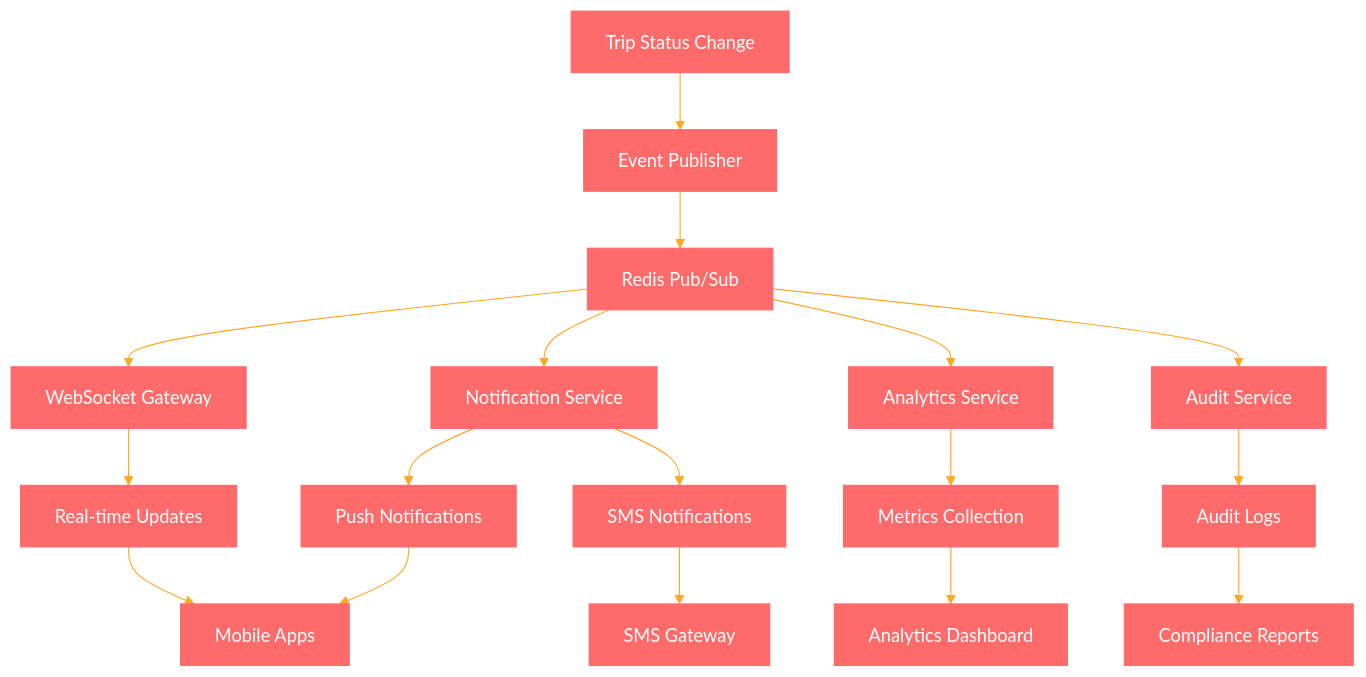
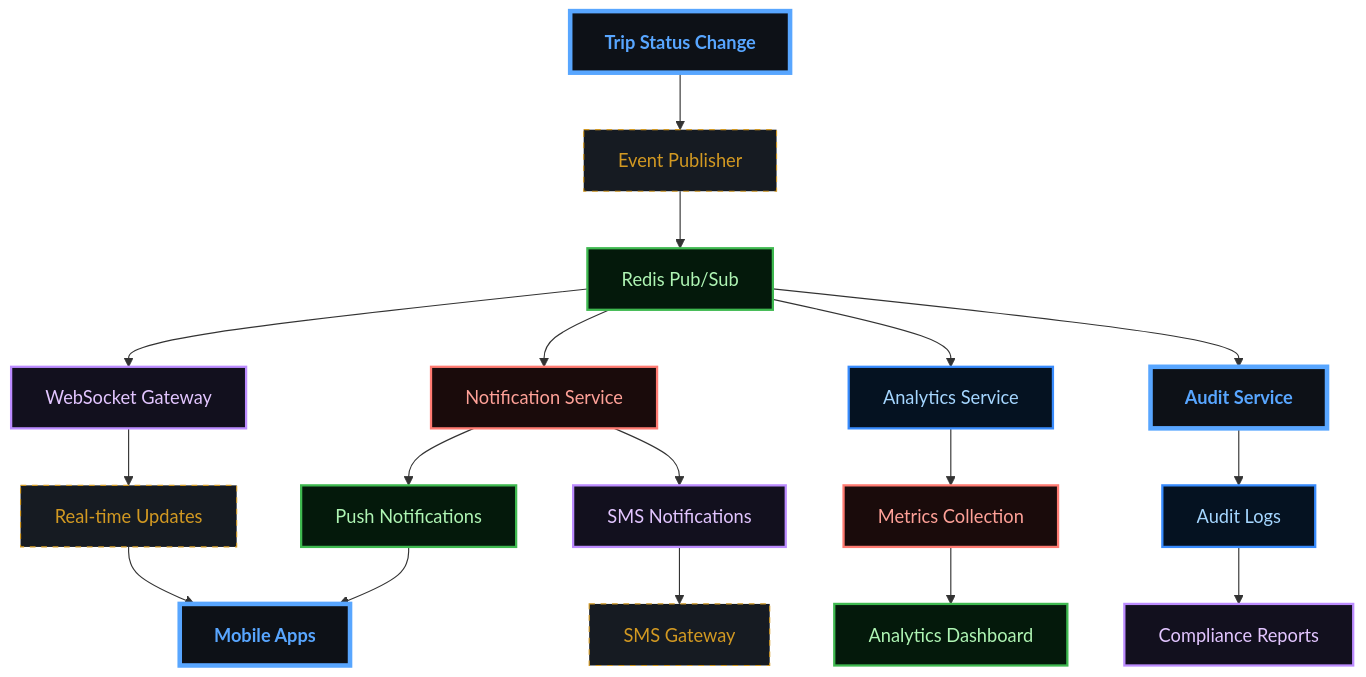
Before and after one commit to abdoElHodaky/transportapp: the fourth of 15 diagrams in docs/ARCHITECTURE.md, drawn with Mermaid. The commit also changed other lines of this file and 9 other files, not shown here.

````diff
--- a/docs/ARCHITECTURE.md
+++ b/docs/ARCHITECTURE.md
@@ -274,23 +389,59 @@
 ```mermaid
-%%{init: {'theme':'base', 'themeVariables': {'primaryColor':'#ff6b6b','primaryTextColor':'#fff','primaryBorderColor':'#ff6b6b','lineColor':'#ffa726','sectionBkgColor':'#ff6b6b','altSectionBkgColor':'#fff','gridColor':'#fff','secondaryColor':'#006100','tertiaryColor':'#fff'}}}%%
 graph TD
     A[Trip Status Change] --> B[Event Publisher]
     B --> C[Redis Pub/Sub]
     
     C --> D[WebSocket Gateway]
     C --> E[Notification Service]
     C --> F[Analytics Service]
     C --> G[Audit Service]
     
     D --> H[Real-time Updates]
     E --> I[Push Notifications]
     E --> J[SMS Notifications]
     F --> K[Metrics Collection]
     G --> L[Audit Logs]
     
     H --> M[Mobile Apps]
     I --> M
     J --> N[SMS Gateway]
     K --> O[Analytics Dashboard]
     L --> P[Compliance Reports]
+
+    %% --- DARK GRADIENT & GLOW STYLING ---
+    
+    %% Main Dashboard (Neon Cyan/Blue)
+    classDef main fill:#0d1117,stroke:#58a6ff,stroke-width:4px,color:#58a6ff,font-weight:bold;
+    
+    %% Decision Diamond (Gold Glow)
+    classDef decision fill:#161b22,stroke:#d29922,color:#d29922,stroke-dasharray: 5 5;
+    
+    %% Revenue (Emerald Gradient Style)
+    classDef revNode fill:#04190b,stroke:#3fb950,color:#aff5b4,stroke-width:2px;
+    
+    %% Commission (Purple Gradient Style)
+    classDef commNode fill:#12101e,stroke:#bc8cff,color:#e2c5ff,stroke-width:2px;
+    
+    %% Refund (Ruby Gradient Style)
+    classDef refNode fill:#1a0b0b,stroke:#ff7b72,color:#ffa198,stroke-width:2px;
+    
+    %% Earnings (Sapphire Gradient Style)
+    classDef earnNode fill:#051221,stroke:#388bfd,color:#a5d6ff,stroke-width:2px;
+
+    class A main;
+    class B decision;
+    class C revNode;
+    class D commNode;
+    class E refNode;
+    class F earnNode;
+    class G main;
+    class H decision;
+    class I revNode;
+    class J commNode;
+    class K refNode;
+    class L earnNode;
+    class M main;
+    class N decision;
+    class O revNode;
+    class P commNode;
 ```
````
